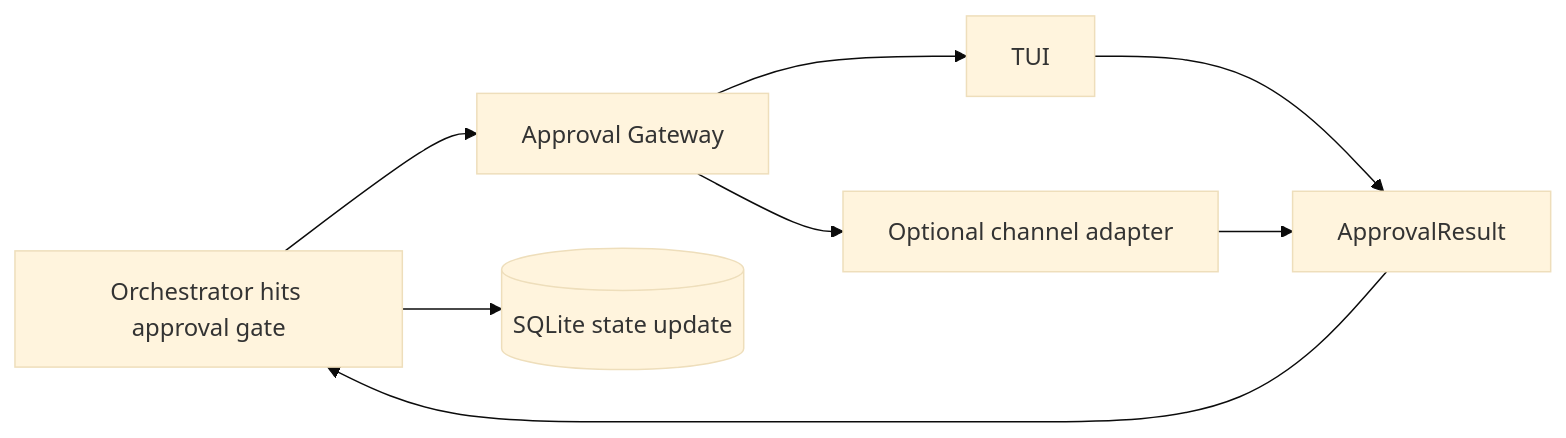
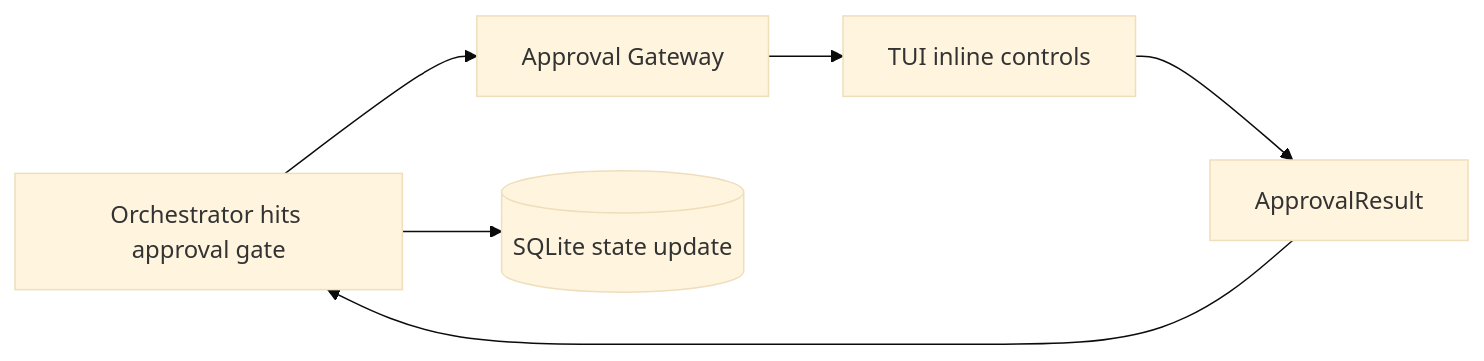
The eighth of 8 diagrams in docs/architecture.md (jcospina/slice-workflow), drawn with Mermaid (base theme) before and after one commit. The commit also changed other lines of this file and 3 other files, not shown here.

````diff
--- a/docs/architecture.md
+++ b/docs/architecture.md
@@ -322,10 +322,8 @@
 ```mermaid
 flowchart LR
     O[Orchestrator hits approval gate] --> AG[Approval Gateway]
-    AG --> UI[TUI]
-    AG --> CA[Optional channel adapter]
+    AG --> UI[TUI inline controls]
     UI --> AR[ApprovalResult]
-    CA --> AR
     AR --> O
     O --> DB[(SQLite state update)]
 ```
````
